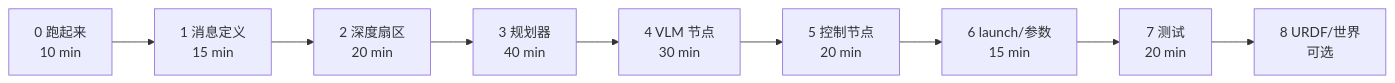
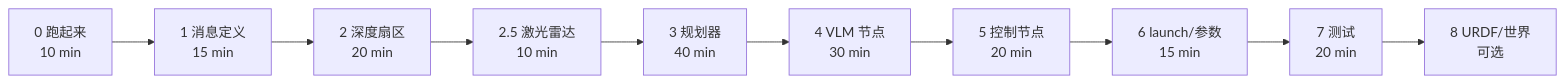
One commit to HumanDr/VLM_init changed the tenth of 10 diagrams in docs/beginner_guide.md. Above: the diagram before and after it, drawn with Mermaid. The commit also changed other lines of this file and 50 other files, not shown here.

````diff
--- a/docs/beginner_guide.md
+++ b/docs/beginner_guide.md
@@ -573,7 +685,7 @@
 ```mermaid
 flowchart LR
   S0["0 跑起来<br/>10 min"] --> S1["1 消息定义<br/>15 min"] --> S2["2 深度扇区<br/>20 min"]
-  S2 --> S3["3 规划器<br/>40 min"] --> S4["4 VLM 节点<br/>30 min"]
+  S2 --> S2b["2.5 激光雷达<br/>10 min"] --> S3["3 规划器<br/>40 min"] --> S4["4 VLM 节点<br/>30 min"]
   S4 --> S5["5 控制节点<br/>20 min"] --> S6["6 launch/参数<br/>15 min"]
   S6 --> S7["7 测试<br/>20 min"] --> S8["8 URDF/世界<br/>可选"]
 ```
````
